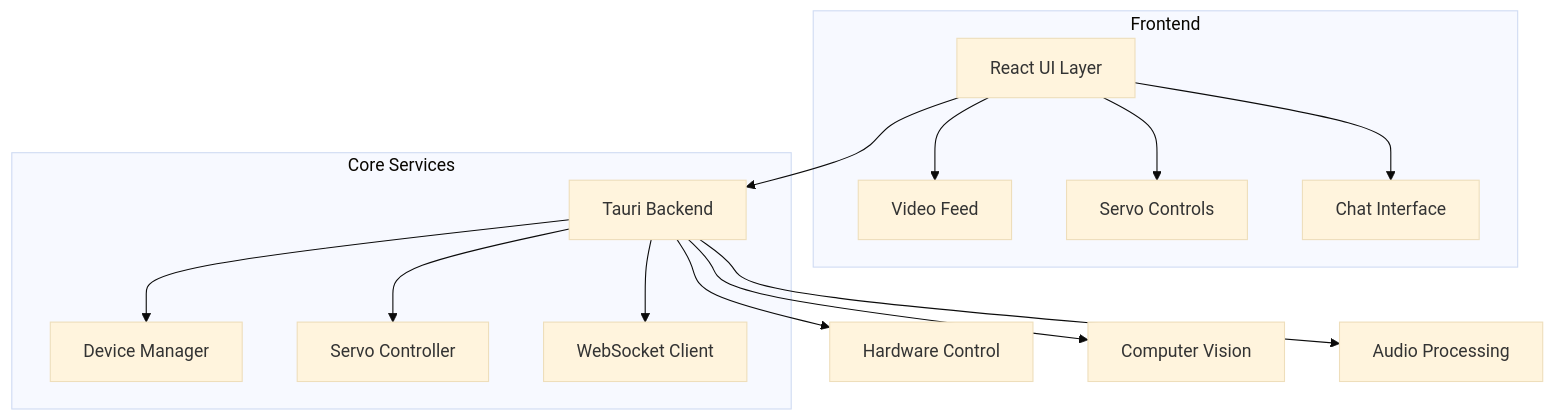
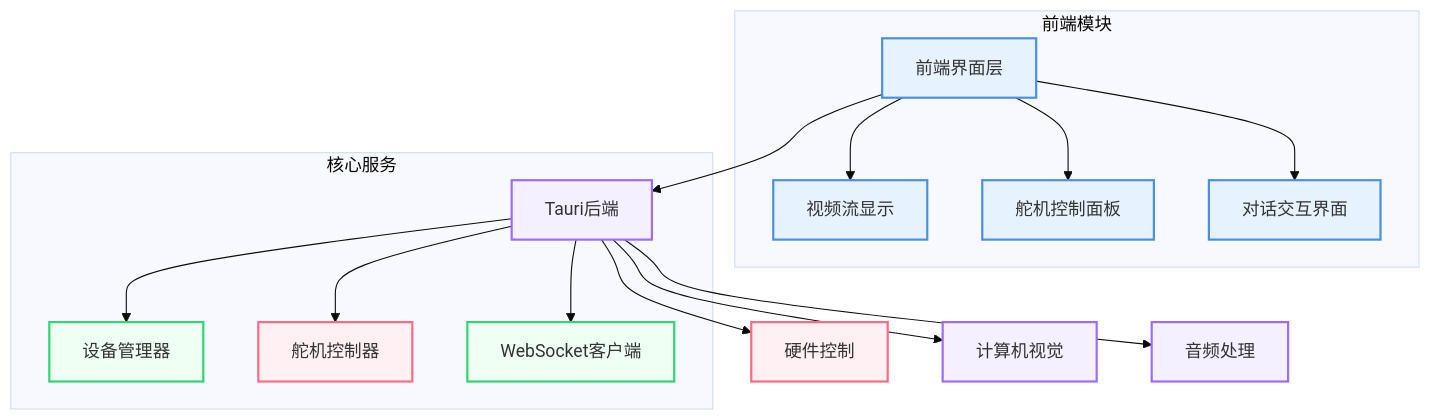
The first of 2 diagrams in README.md (iaiuse/Desky), drawn with Mermaid (base theme) before and after one commit. The commit also changed other lines of this file, not shown here.

Commit message:
修改readme中的流程图等内容

````diff
--- a/README.md
+++ b/README.md
@@ -93,25 +70,35 @@
 ```mermaid  
 graph TB
-    UI[React UI Layer]
-    Backend[Tauri Backend]
-    Hardware[Hardware Control]
-    Vision[Computer Vision]
-    Audio[Audio Processing]
+    classDef frontend fill:#e6f3ff,stroke:#4a90e2,stroke-width:2px
+    classDef backend fill:#f5f0ff,stroke:#9b6dff,stroke-width:2px
+    classDef hardware fill:#fff0f4,stroke:#ff6b81,stroke-width:2px
+    classDef service fill:#f0fff4,stroke:#2ed573,stroke-width:2px
+
+    UI[前端界面层]
+    Backend[Tauri后端]
+    Hardware[硬件控制]
+    Vision[计算机视觉]
+    Audio[音频处理]
     
     UI --> Backend
     Backend --> Hardware
-    Backend --> Vision
+    Backend --> Vision 
     Backend --> Audio
-    
-    subgraph Frontend
-        UI --> VideoFeed[Video Feed]
-        UI --> Controls[Servo Controls]
-        UI --> Chat[Chat Interface]
+
+    subgraph 前端模块
+        UI --> VideoFeed[视频流显示]
+        UI --> Controls[舵机控制面板]
+        UI --> Chat[对话交互界面]
     end
-    
-    subgraph Core Services
-        Backend --> DeviceManager[Device Manager]
-        Backend --> ServoController[Servo Controller]
-        Backend --> WebSocket[WebSocket Client]
+
+    subgraph 核心服务
+        Backend --> DeviceManager[设备管理器]
+        Backend --> ServoController[舵机控制器] 
+        Backend --> WebSocket[WebSocket客户端]
     end
+
+    class UI,VideoFeed,Controls,Chat frontend
+    class Backend,Vision,Audio backend
+    class Hardware,ServoController hardware
+    class DeviceManager,WebSocket service
 ```
````
